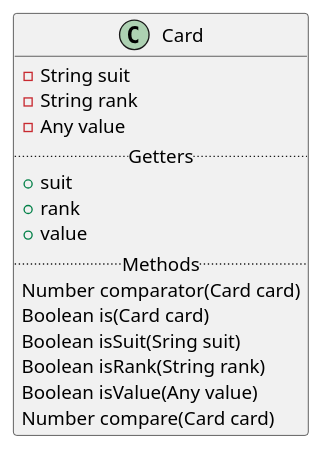
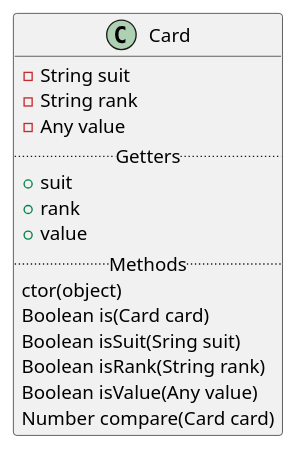
One commit to TheVirtuoid/fwjs-card changed the diagram in designs/Card.puml. Above: the diagram before and after it, drawn with PlantUML. The commit also changed 5 other files, not shown here.

```diff
--- a/designs/Card.puml
+++ b/designs/Card.puml
@@ -1,22 +1,22 @@
 @startuml
 'https://plantuml.com/class-diagram
 
 class Card {
   - String suit
   - String rank
   - Any value
   .. Getters ..
   + suit
   + rank
   + value
   .. Methods ..
-  Number comparator(Card card)
+  ctor(object)
   Boolean is(Card card)
   Boolean isSuit(Sring suit)
   Boolean isRank(String rank)
   Boolean isValue(Any value)
   Number compare(Card card)
 }
 
 
 @enduml
```
